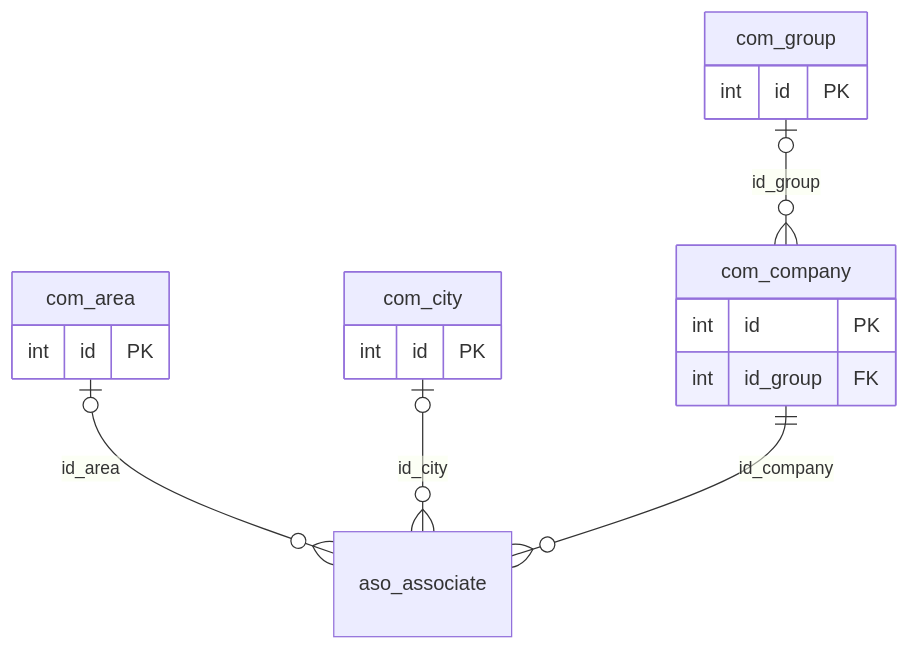
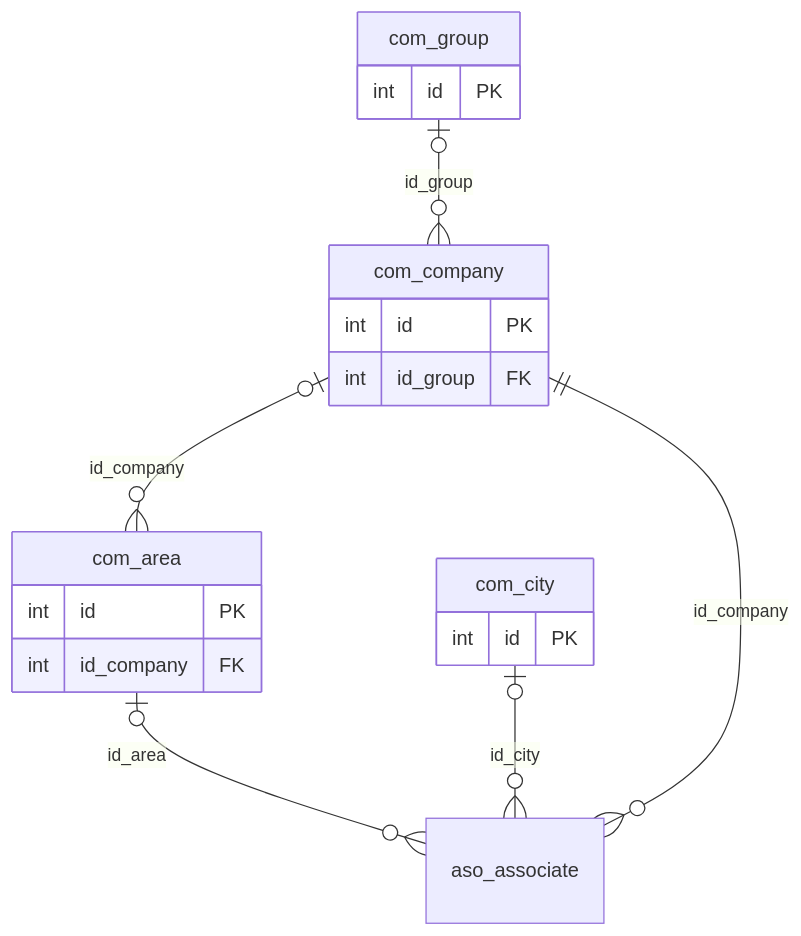
One commit to softwaresamm/IDAE.Docs changed the diagram in docs/safe/database/com/er-diagram.md. Above: the diagram before and after it, drawn with Mermaid. The commit also changed 14 other files, not shown here.

````diff
--- a/docs/safe/database/com/er-diagram.md
+++ b/docs/safe/database/com/er-diagram.md
@@ -12,21 +12,23 @@
 ```mermaid
 erDiagram
     com_area {
         int id PK
+        int id_company FK
     }
     com_city {
         int id PK
     }
     com_company {
         int id PK
         int id_group FK
     }
     com_group {
         int id PK
     }
     aso_associate
     com_area |o--o{ aso_associate : "id_area"
     com_city |o--o{ aso_associate : "id_city"
     com_company ||--o{ aso_associate : "id_company"
+    com_company |o--o{ com_area : "id_company"
     com_group |o--o{ com_company : "id_group"
 ```
````
